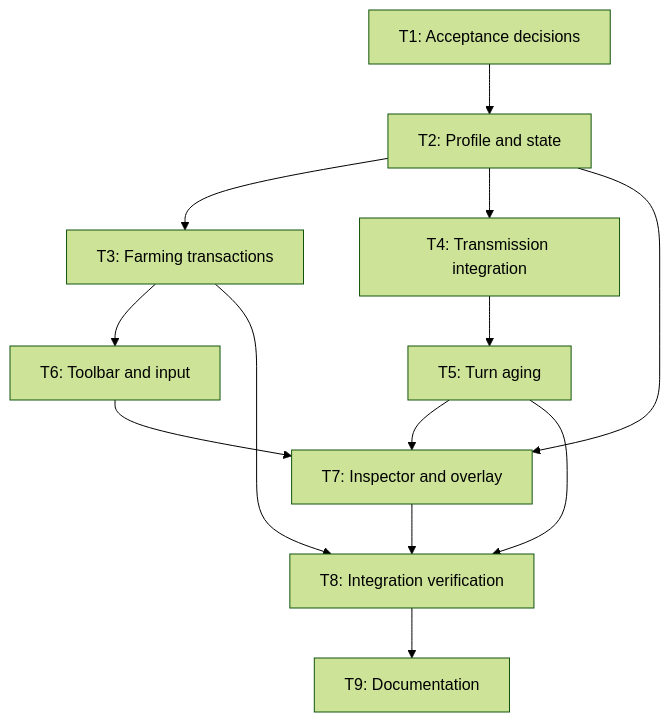
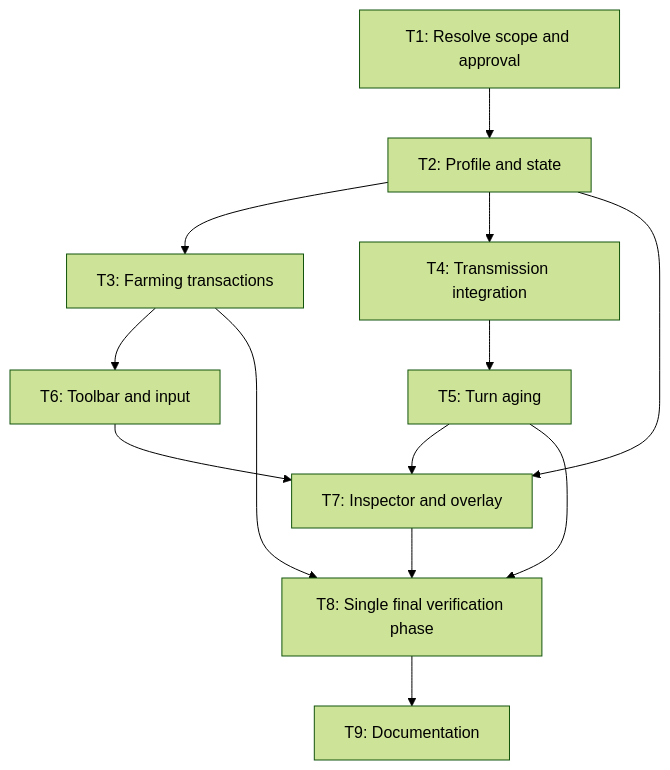
One commit to spatrickjs/test-game-project changed the diagram in .kiro/specs/seed-inoculation/tasks.md. Above: the diagram before and after it, drawn with Mermaid (forest theme). The commit also changed other lines of this file and 27 other files, not shown here.

````diff
--- a/.kiro/specs/seed-inoculation/tasks.md
+++ b/.kiro/specs/seed-inoculation/tasks.md
@@ -19,15 +29,15 @@
 ```mermaid
 flowchart TD
-    T1["T1: Acceptance decisions"] --> T2["T2: Profile and state"]
+    T1["T1: Resolve scope and approval"] --> T2["T2: Profile and state"]
     T2 --> T3["T3: Farming transactions"]
     T2 --> T4["T4: Transmission integration"]
     T4 --> T5["T5: Turn aging"]
     T3 --> T6["T6: Toolbar and input"]
     T2 --> T7["T7: Inspector and overlay"]
     T5 --> T7
     T6 --> T7
-    T3 --> T8["T8: Integration verification"]
+    T3 --> T8["T8: Single final verification phase"]
     T5 --> T8
     T7 --> T8
     T8 --> T9["T9: Documentation"]
 ```
````
